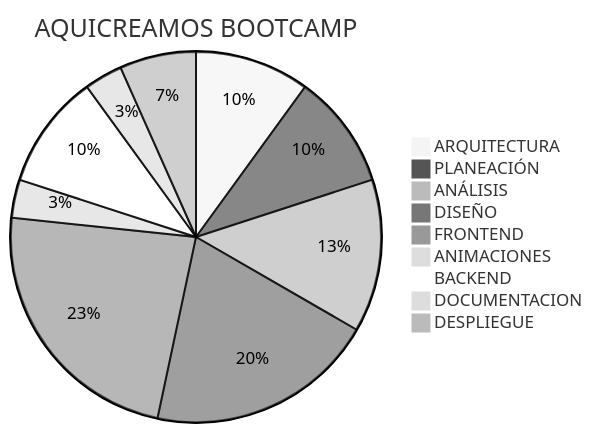
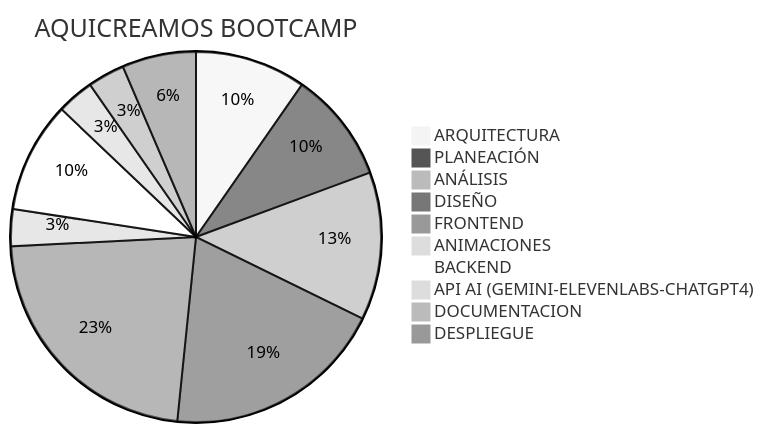
The first of 2 diagrams in README.md (darwinyusef/nextjs_laboratory), drawn with Mermaid (neutral theme) before and after one commit. The commit also changed other lines of this file, not shown here.

Commit message:
changes timeline y graphic README.md

````diff
--- a/README.md
+++ b/README.md
@@ -7,12 +7,13 @@
 ```mermaid
 pie title AQUICREAMOS BOOTCAMP 
         "ARQUITECTURA" : 15
         "PLANEACIÓN" : 15
         "ANÁLISIS" : 20
         "DISEÑO" : 30
         "FRONTEND" : 35
         "ANIMACIONES" : 5
         "BACKEND" : 15
+        "API AI (GEMINI-ELEVENLABS-CHATGPT4)" : 5
         "DOCUMENTACION" : 5
         "DESPLIEGUE" : 10
 ```
````
